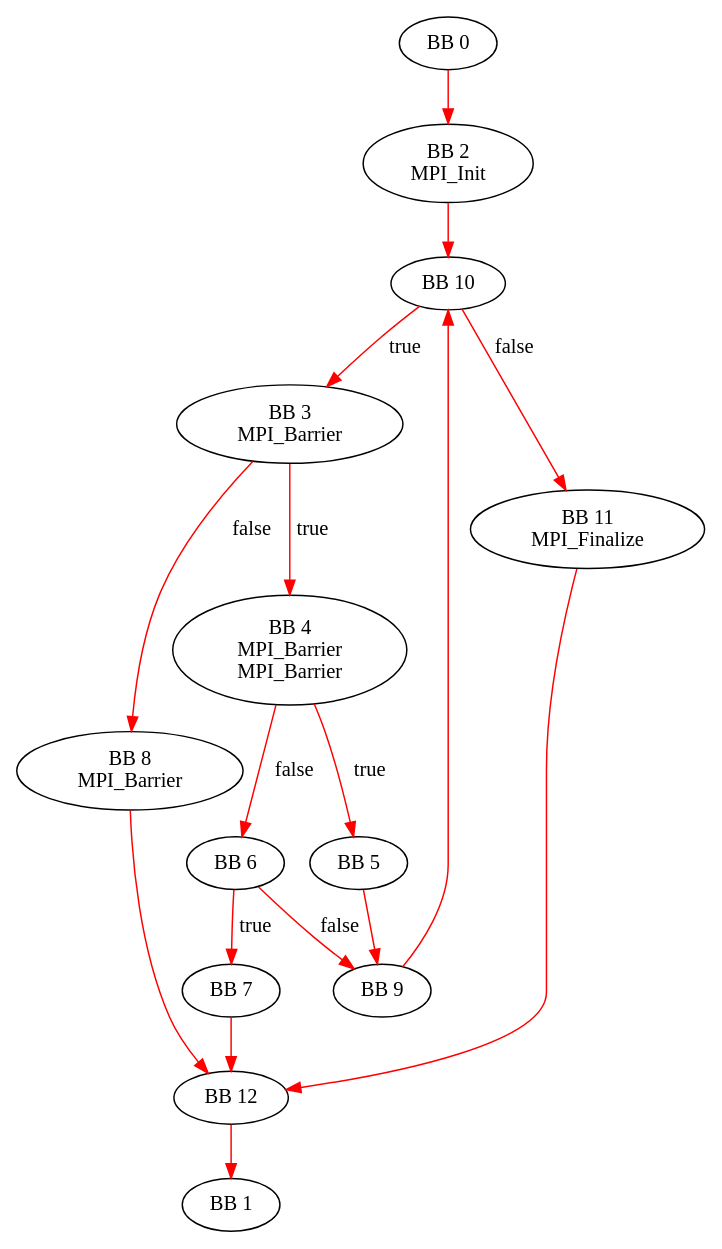
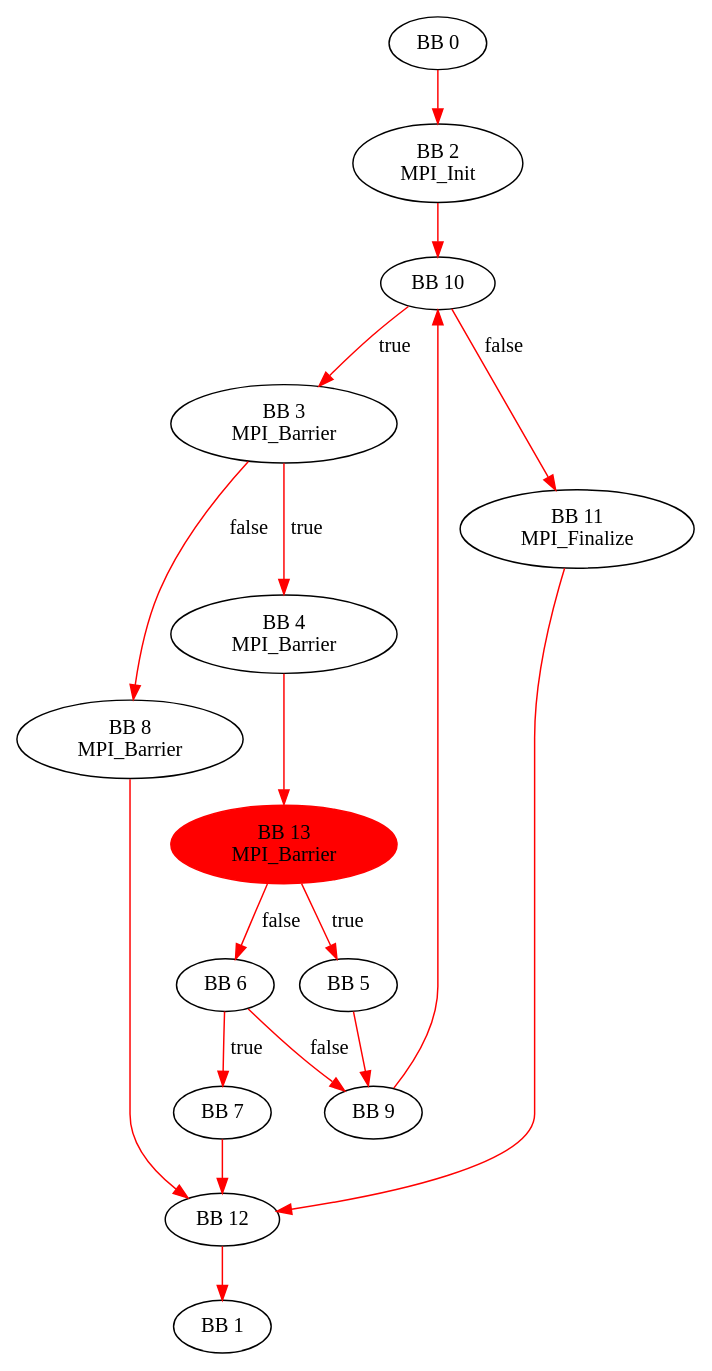
The diagram in Projet/FICHIERS_GRAPHVIZ/test3.c_main_.dot (Maxime91860/COA), drawn with Graphviz before and after one commit. The commit also changed 27 other files, not shown here.

```diff
--- a/Projet/FICHIERS_GRAPHVIZ/test3.c_main_.dot
+++ b/Projet/FICHIERS_GRAPHVIZ/test3.c_main_.dot
@@ -1,31 +1,33 @@
 Digraph G{
 0 [label="BB 0" shape=ellipse]
 0 -> 2 [color=red label=""]
 2 [label="BB 2 \n MPI_Init" shape=ellipse]
 2 -> 10 [color=red label=""]
 3 [label="BB 3 \n MPI_Barrier" shape=ellipse]
 3 -> 4 [color=red label="true"]
 3 -> 8 [color=red label="false"]
-4 [label="BB 4 \n MPI_Barrier \n MPI_Barrier" shape=ellipse]
-4 -> 5 [color=red label="true"]
-4 -> 6 [color=red label="false"]
+4 [label="BB 4 \n MPI_Barrier" shape=ellipse]
+4 -> 13 [color=red label=""]
+13 [color=red, style=filled, label="BB 13 \n MPI_Barrier" shape=ellipse]
+13 -> 5 [color=red label="true"]
+13 -> 6 [color=red label="false"]
 5 [label="BB 5" shape=ellipse]
 5 -> 9 [color=red label=""]
 6 [label="BB 6" shape=ellipse]
 6 -> 7 [color=red label="true"]
 6 -> 9 [color=red label="false"]
 7 [label="BB 7" shape=ellipse]
 7 -> 12 [color=red label=""]
 8 [label="BB 8 \n MPI_Barrier" shape=ellipse]
 8 -> 12 [color=red label=""]
 9 [label="BB 9" shape=ellipse]
 9 -> 10 [color=red label=""]
 10 [label="BB 10" shape=ellipse]
 10 -> 3 [color=red label="true"]
 10 -> 11 [color=red label="false"]
 11 [label="BB 11 \n MPI_Finalize" shape=ellipse]
 11 -> 12 [color=red label=""]
 12 [label="BB 12" shape=ellipse]
 12 -> 1 [color=red label=""]
 1 [label="BB 1" shape=ellipse]
 }
```
